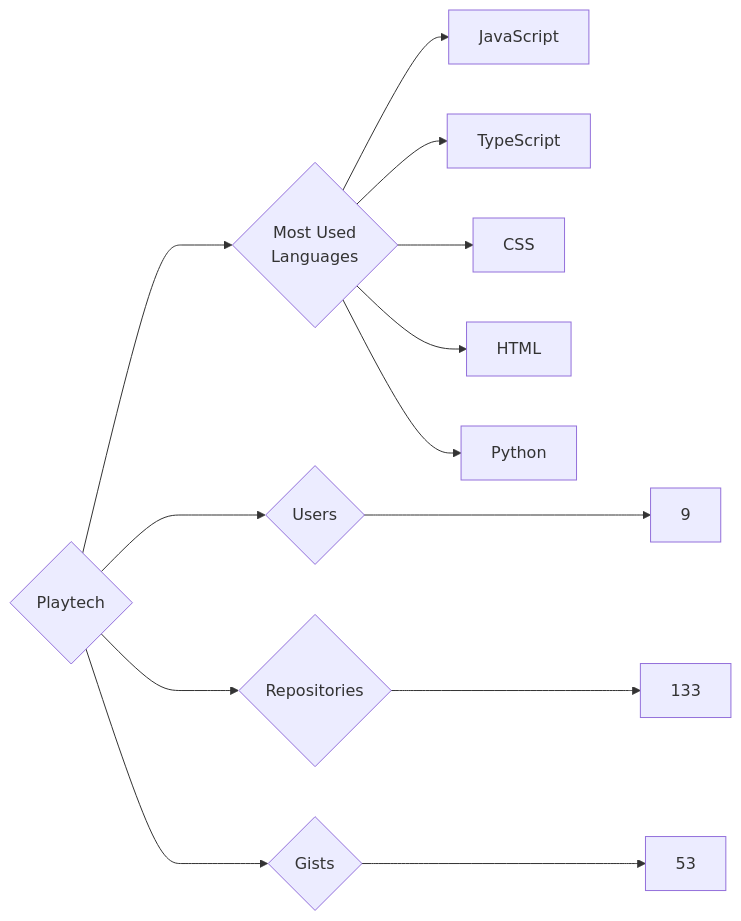
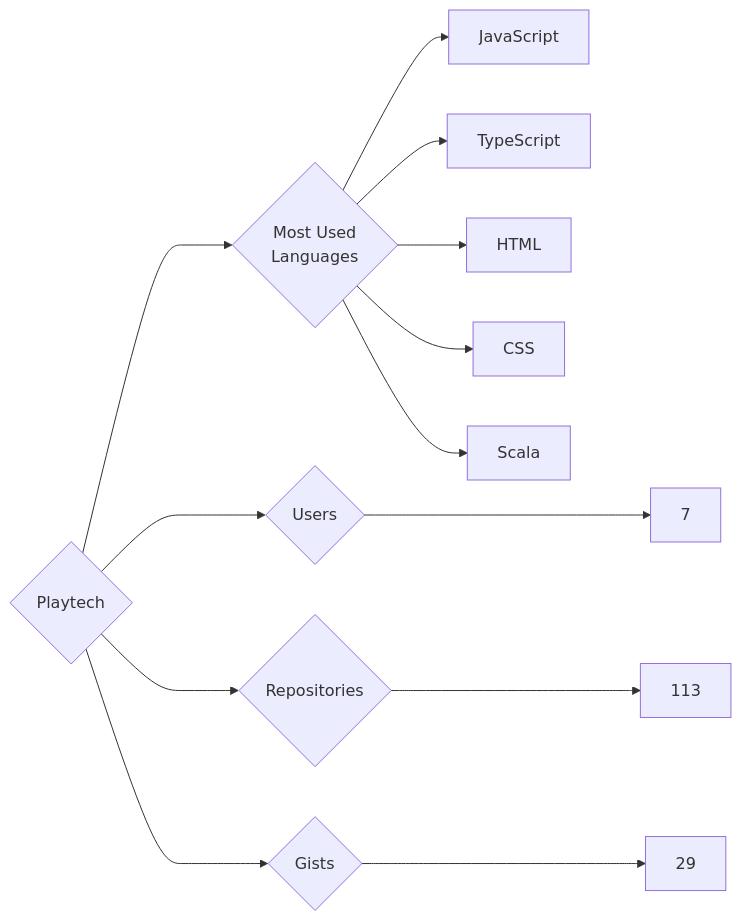
One commit to trickest/insiders changed the diagram in targets/Playtech/README.md. Above: the diagram before and after it, drawn with Mermaid. The commit also changed 1508 other files, not shown here.

````diff
--- a/targets/Playtech/README.md
+++ b/targets/Playtech/README.md
@@ -3,13 +3,13 @@
 ```mermaid
 graph LR
 COMPANY_NAME{Playtech}
-COMPANY_NAME ---> U{Users} ---> UN[9]
-COMPANY_NAME ---> R{Repositories} ---> RN[133]
-COMPANY_NAME ---> G{Gists} ---> GN[53]
+COMPANY_NAME ---> U{Users} ---> UN[7]
+COMPANY_NAME ---> R{Repositories} ---> RN[113]
+COMPANY_NAME ---> G{Gists} ---> GN[29]
 COMPANY_NAME ---> ML{Most Used<br>Languages}
 ML --> JavaScript[JavaScript]
 ML --> TypeScript[TypeScript]
+ML --> HTML[HTML]
 ML --> CSS[CSS]
-ML --> HTML[HTML]
-ML --> Python[Python]
+ML --> Scala[Scala]
 ```
````
